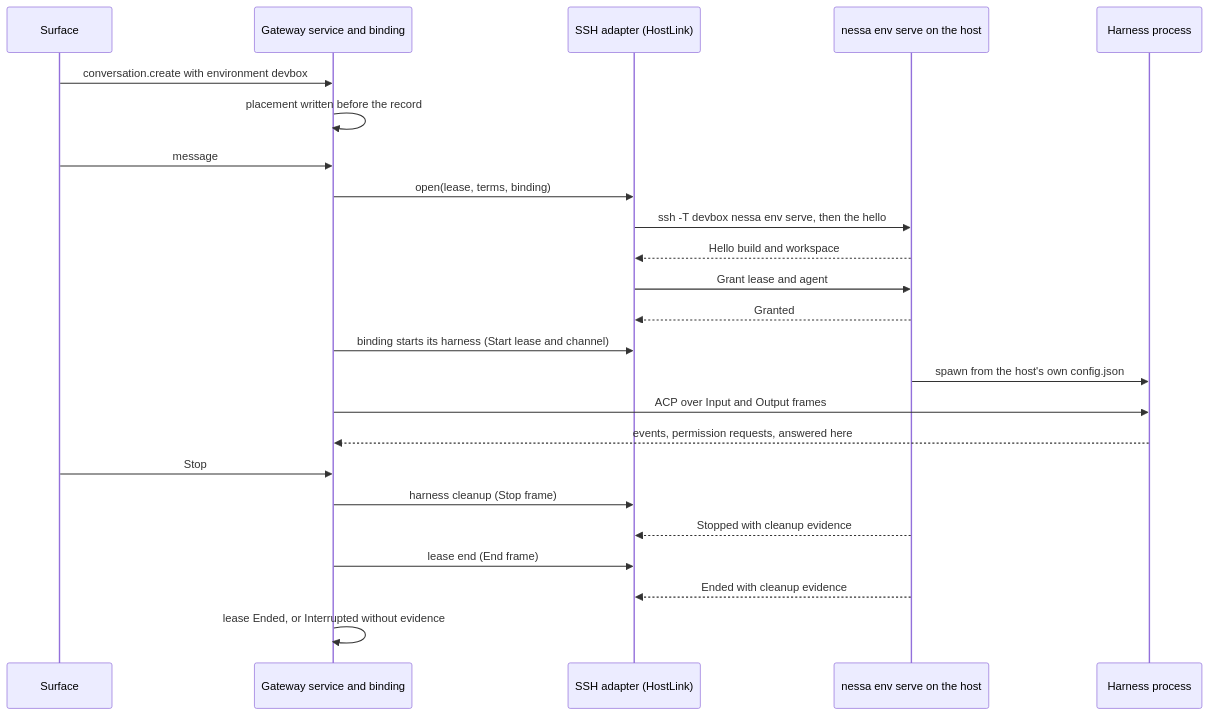
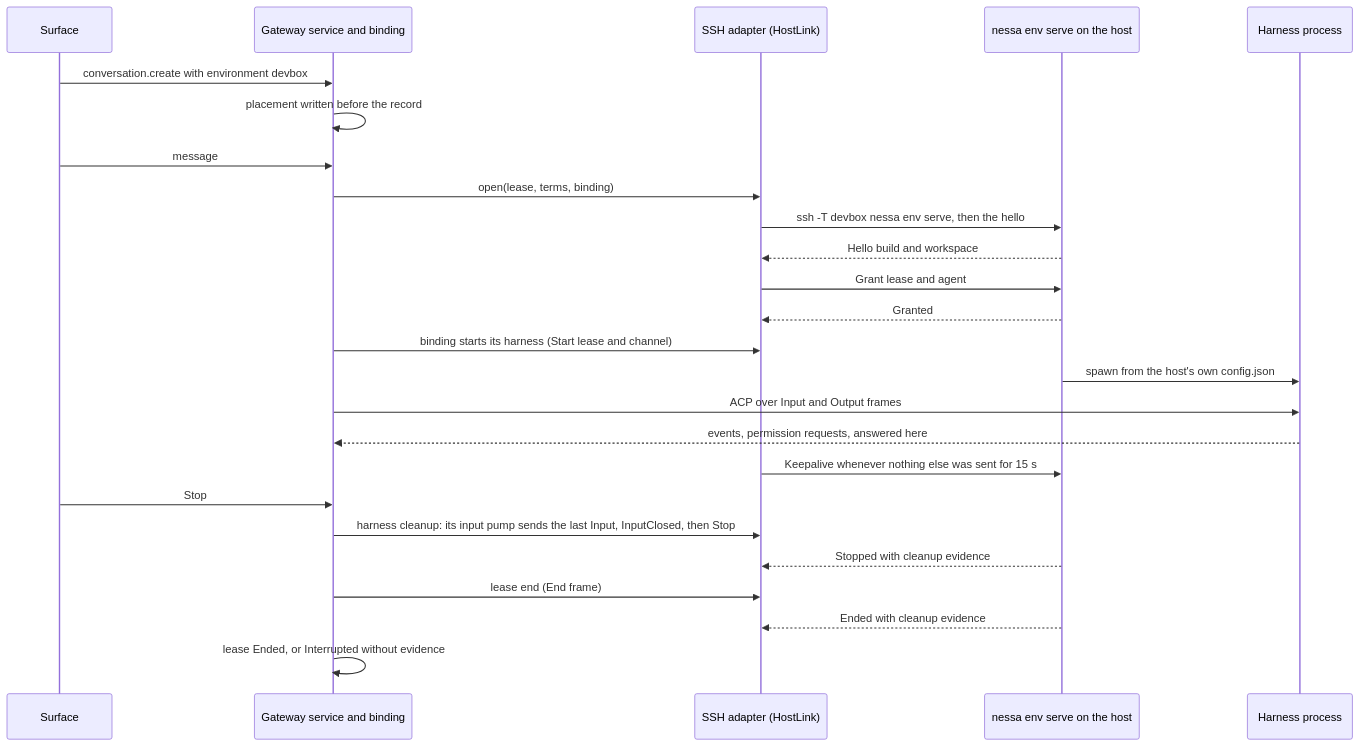
One commit to nessalabs/nessa-agent changed the third of 3 diagrams in docs/design/runtime-architecture.md. Above: the diagram before and after it, drawn with Mermaid. The commit also changed other lines of this file and 7 other files, not shown here.

First line of the commit message:
Order each harness's stop after its input and keep a silent gateway from holding a host (#699)

````diff
--- a/docs/design/runtime-architecture.md
+++ b/docs/design/runtime-architecture.md
@@ -451,26 +451,27 @@
 ```mermaid
 sequenceDiagram
     participant S as Surface
     participant G as Gateway service and binding
     participant A as SSH adapter (HostLink)
     participant H as nessa env serve on the host
     participant P as Harness process
     S->>G: conversation.create with environment devbox
     G->>G: placement written before the record
     S->>G: message
     G->>A: open(lease, terms, binding)
     A->>H: ssh -T devbox nessa env serve, then the hello
     H-->>A: Hello build and workspace
     A->>H: Grant lease and agent
     H-->>A: Granted
     G->>A: binding starts its harness (Start lease and channel)
     H->>P: spawn from the host's own config.json
     G->>P: ACP over Input and Output frames
     P-->>G: events, permission requests, answered here
+    A->>H: Keepalive whenever nothing else was sent for 15 s
     S->>G: Stop
-    G->>A: harness cleanup (Stop frame)
+    G->>A: harness cleanup: its input pump sends the last Input, InputClosed, then Stop
     H-->>A: Stopped with cleanup evidence
     G->>A: lease end (End frame)
     H-->>A: Ended with cleanup evidence
     G->>G: lease Ended, or Interrupted without evidence
 ```
````
